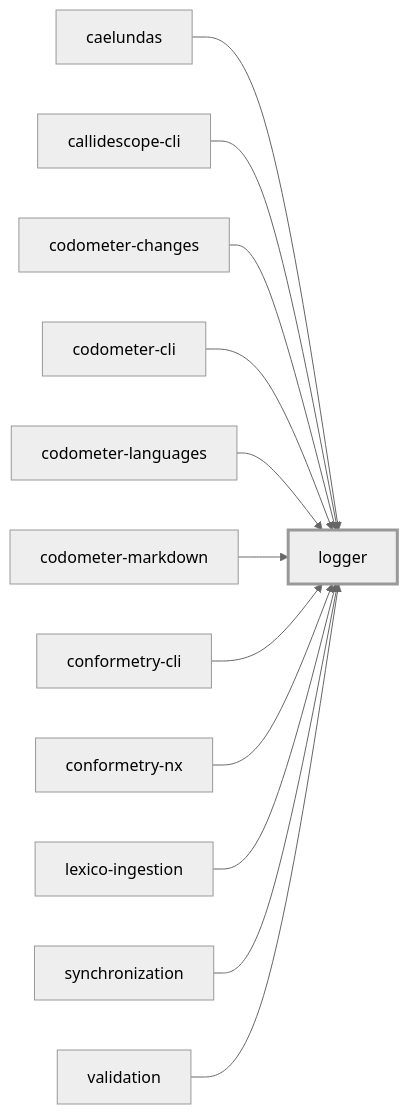
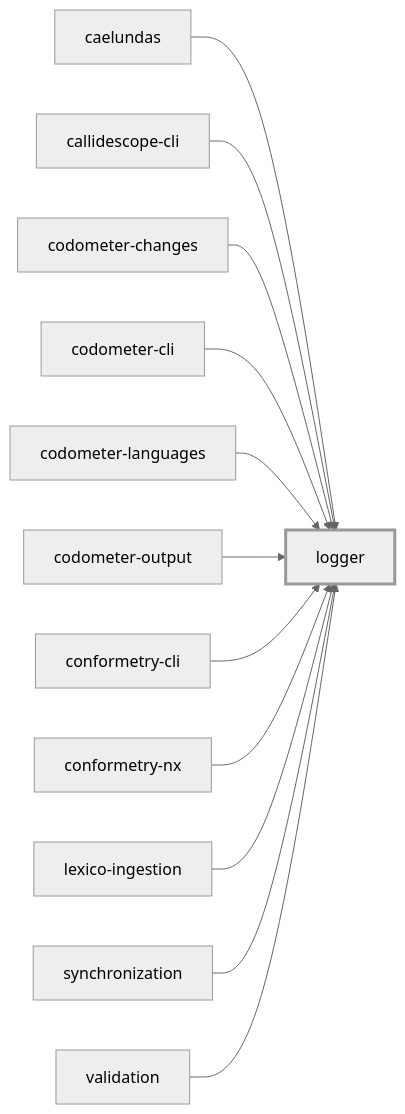
The first of 2 diagrams in packages/logger/README.md (JimmyPaolini/codebase), drawn with Mermaid (neutral theme) before and after one commit. The commit also changed 63 other files, not shown here.

Commit message:
feat(codometer): ✨ consolidate output rendering into codometer-output

````diff
--- a/packages/logger/README.md
+++ b/packages/logger/README.md
@@ -77,28 +77,28 @@
 ```mermaid
 flowchart LR
   caelundas["caelundas"]
   callidescope_cli["callidescope-cli"]
   codometer_changes["codometer-changes"]
   codometer_cli["codometer-cli"]
   codometer_languages["codometer-languages"]
-  codometer_markdown["codometer-markdown"]
+  codometer_output["codometer-output"]
   conformetry_cli["conformetry-cli"]
   conformetry_nx["conformetry-nx"]
   lexico_ingestion["lexico-ingestion"]
   logger["logger"]
   synchronization["synchronization"]
   validation["validation"]
   caelundas --> logger
   callidescope_cli --> logger
   codometer_changes --> logger
   codometer_cli --> logger
   codometer_languages --> logger
-  codometer_markdown --> logger
+  codometer_output --> logger
   conformetry_cli --> logger
   conformetry_nx --> logger
   lexico_ingestion --> logger
   synchronization --> logger
   validation --> logger
   classDef subject stroke-width:3px
   class logger subject
 ```
````
